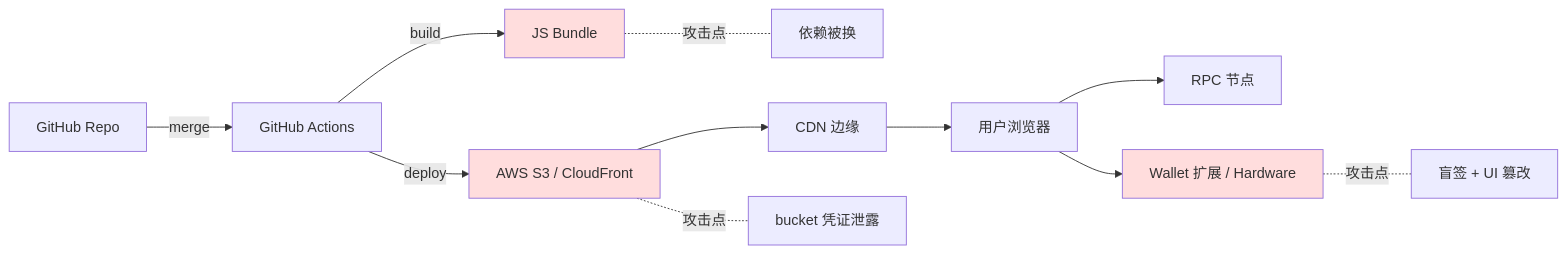
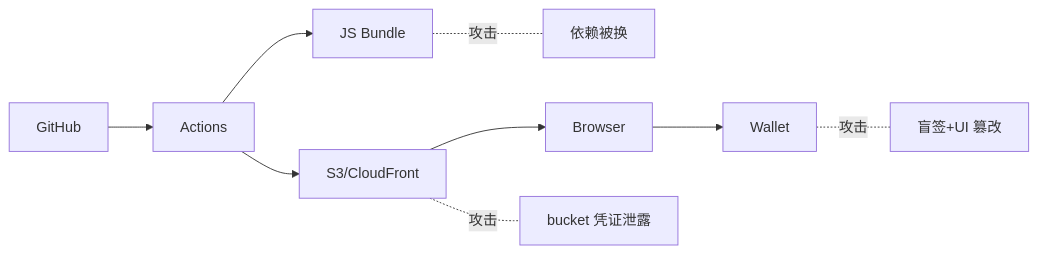
Before and after one commit to ChuwuYo/misc-files: the tenth of 12 diagrams in web3-engineer-guide/05-智能合约安全/README.md, drawn with Mermaid. The commit also changed other lines of this file and 690 other files, not shown here.

````diff
--- a/web3-engineer-guide/05-智能合约安全/README.md
+++ b/web3-engineer-guide/05-智能合约安全/README.md
@@ -1481,18 +904,11 @@
 ```mermaid
 flowchart LR
-    Repo[GitHub Repo] -->|merge| CI[GitHub Actions]
-    CI -->|build| Bundle[JS Bundle]
-    CI -->|deploy| S3[AWS S3 / CloudFront]
-    S3 --> CDN[CDN 边缘]
-    CDN --> Browser[用户浏览器]
-    Browser --> RPC[RPC 节点]
-    Browser --> Wallet[Wallet 扩展 / Hardware]
-
-    style Bundle fill:#fdd
-    style S3 fill:#fdd
-    style Wallet fill:#fdd
-
-    Bundle -. 攻击点 .- A1[依赖被换]
-    S3 -. 攻击点 .- A2[bucket 凭证泄露]
-    Wallet -. 攻击点 .- A3[盲签 + UI 篡改]
+    Repo[GitHub] --> CI[Actions]
+    CI --> Bundle[JS Bundle]
+    CI --> S3[S3/CloudFront]
+    S3 --> Browser
+    Browser --> Wallet
+    Bundle -. 攻击 .- A1[依赖被换]
+    S3 -. 攻击 .- A2[bucket 凭证泄露]
+    Wallet -. 攻击 .- A3[盲签+UI 篡改]
 ```
````
